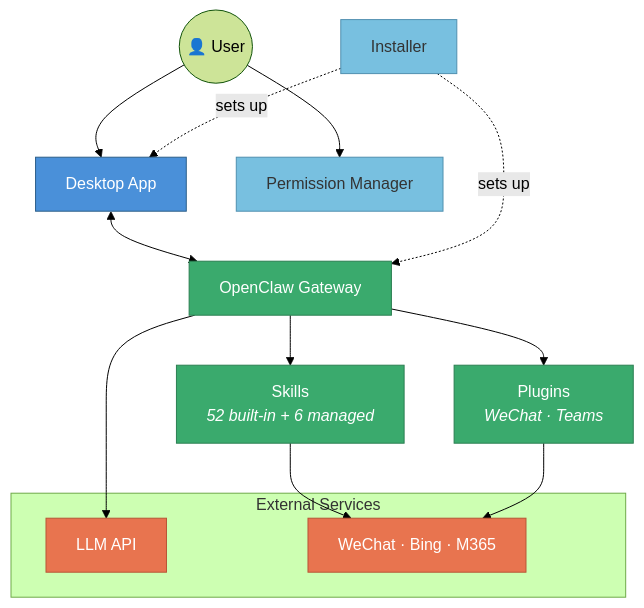
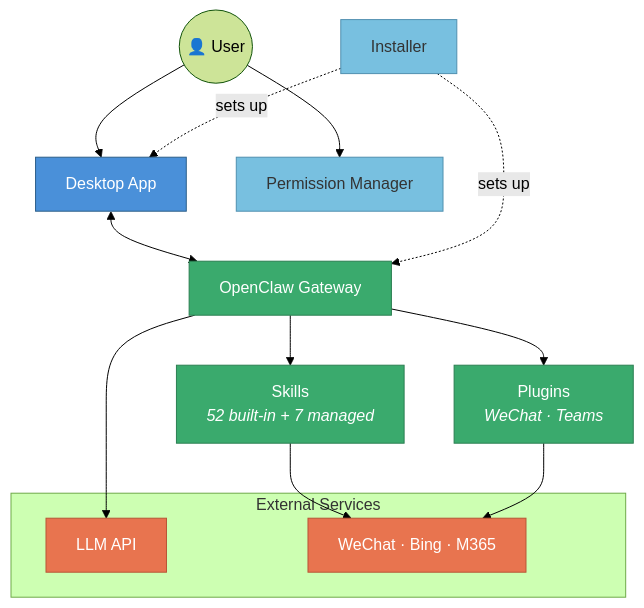
The diagram in README.md (microsofthackathons/MicroClaw), drawn with Mermaid (forest theme) before and after one commit. The commit also changed other lines of this file and 21 other files, not shown here.

````diff
--- a/README.md
+++ b/README.md
@@ -43,37 +43,37 @@
 ```mermaid
 graph TB
     User(("👤 User"))
 
     Desktop["Desktop App"]
     Gateway["OpenClaw Gateway"]
-    Skills["Skills<br/><i>52 built-in + 6 managed</i>"]
+    Skills["Skills<br/><i>52 built-in + 7 managed</i>"]
     Plugins["Plugins<br/><i>WeChat · Teams</i>"]
     PermMgr["Permission Manager"]
     Installer["Installer"]
 
     subgraph External["External Services"]
         LLM["LLM API"]
         ThirdParty["WeChat · Bing · M365"]
     end
 
     User --> Desktop
     User --> PermMgr
     Desktop <--> Gateway
     Gateway --> Skills
     Gateway --> Plugins
     Gateway --> LLM
     Skills --> ThirdParty
     Plugins --> ThirdParty
     Installer -.->|"sets up"| Desktop
     Installer -.->|"sets up"| Gateway
 
     classDef app fill:#4A90D9,stroke:#2C5F8A,color:#fff
     classDef gw fill:#3AAA6D,stroke:#2B7F52,color:#fff
     classDef ext fill:#E8744F,stroke:#B85636,color:#fff
     classDef tool fill:#78C0E0,stroke:#5090B0,color:#333
 
     class Desktop app
     class Gateway,Skills,Plugins gw
     class LLM,ThirdParty ext
     class PermMgr,Installer tool
 ```
````
